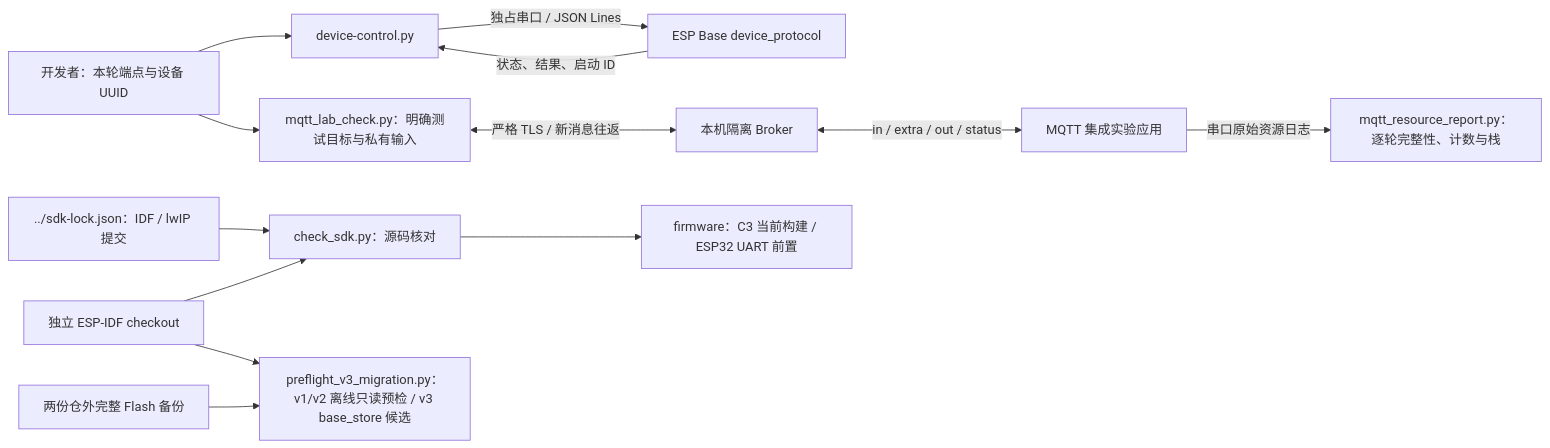
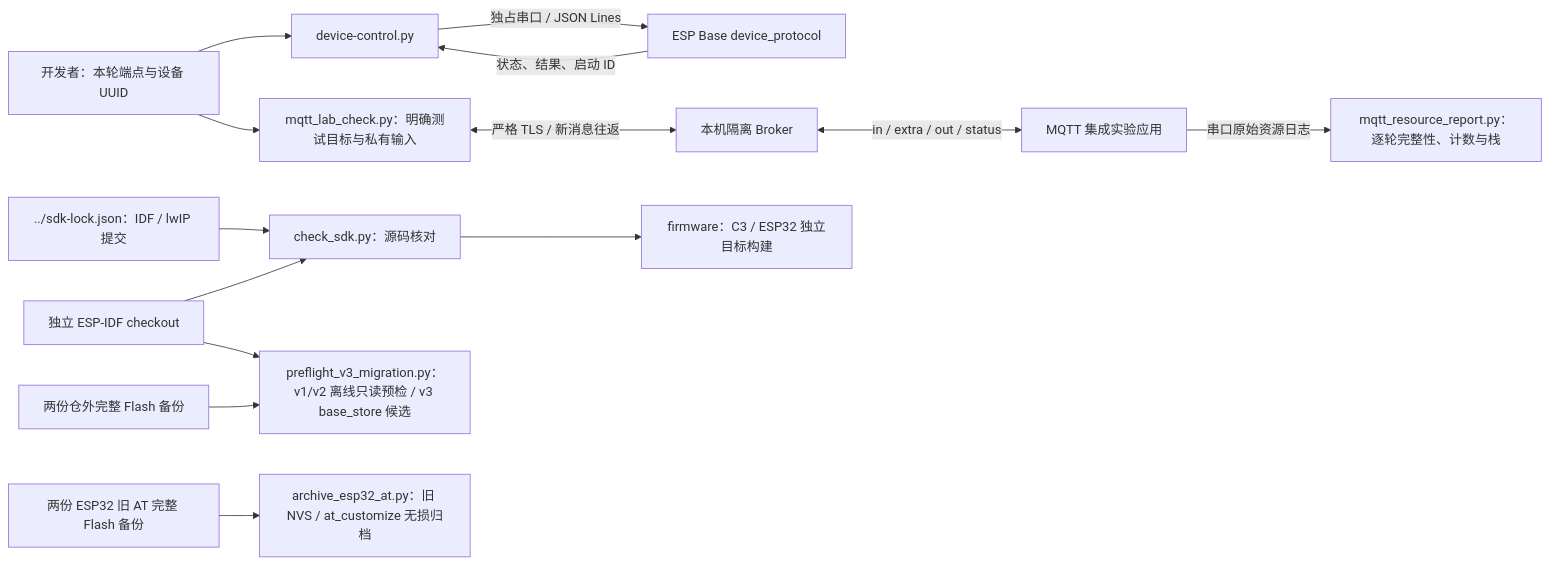
Before and after one commit to darren-you/esp-base: the diagram in tools/README.md, drawn with Mermaid. The commit also changed other lines of this file and 23 other files, not shown here.

````diff
--- a/tools/README.md
+++ b/tools/README.md
@@ -7,15 +7,16 @@
 ```mermaid
 flowchart LR
     user["开发者：本轮端点与设备 UUID"] --> cli["device-control.py"]
     cli -->|"独占串口 / JSON Lines"| firmware["ESP Base device_protocol"]
     firmware -->|"状态、结果、启动 ID"| cli
     user --> checker["mqtt_lab_check.py：明确测试目标与私有输入"]
     checker <-->|"严格 TLS / 新消息往返"| broker["本机隔离 Broker"]
     broker <-->|"in / extra / out / status"| lab["MQTT 集成实验应用"]
     lab -->|"串口原始资源日志"| report["mqtt_resource_report.py：逐轮完整性、计数与栈"]
     sdk_lock["../sdk-lock.json：IDF / lwIP 提交"] --> sdk_check["check_sdk.py：源码核对"]
     idf["独立 ESP-IDF checkout"] --> sdk_check
-    sdk_check --> build["firmware：C3 当前构建 / ESP32 UART 前置"]
+    sdk_check --> build["firmware：C3 / ESP32 独立目标构建"]
     backup["两份仓外完整 Flash 备份"] --> preflight["preflight_v3_migration.py：v1/v2 离线只读预检 / v3 base_store 候选"]
     idf --> preflight
+    at_backup["两份 ESP32 旧 AT 完整 Flash 备份"] --> at_archive["archive_esp32_at.py：旧 NVS / at_customize 无损归档"]
 ```
````
